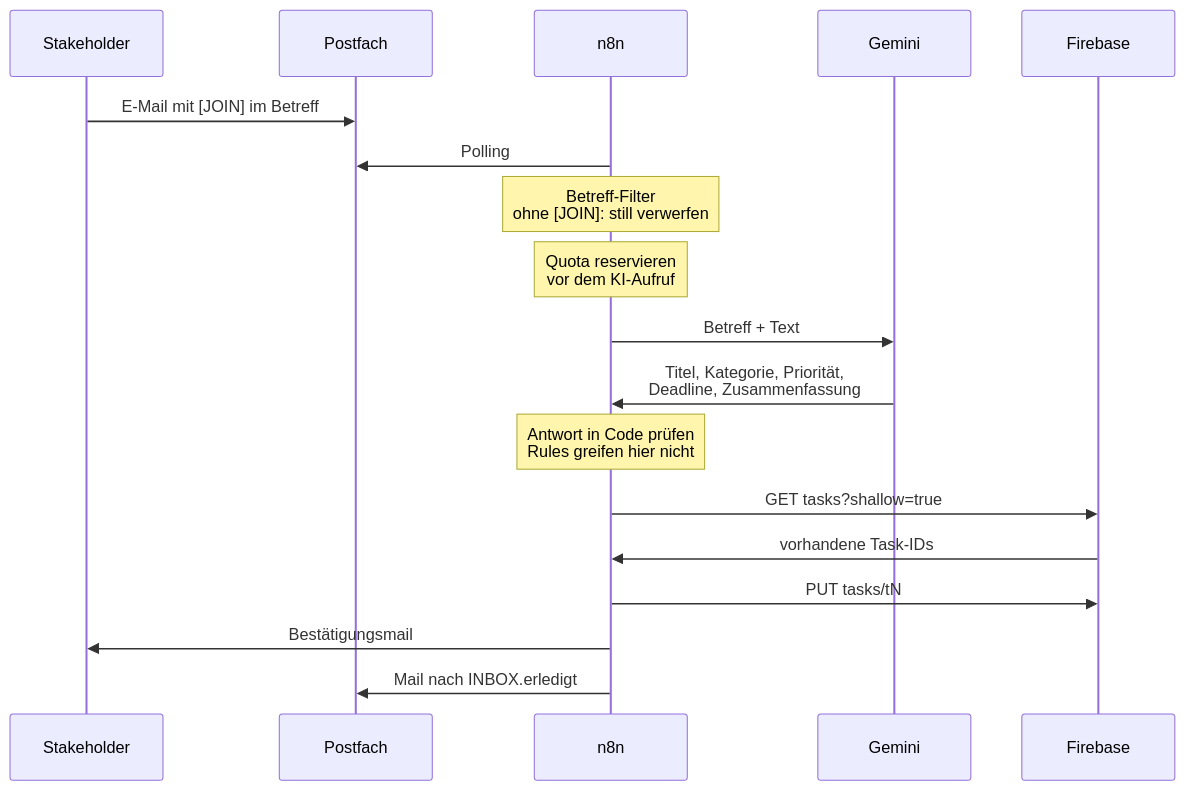
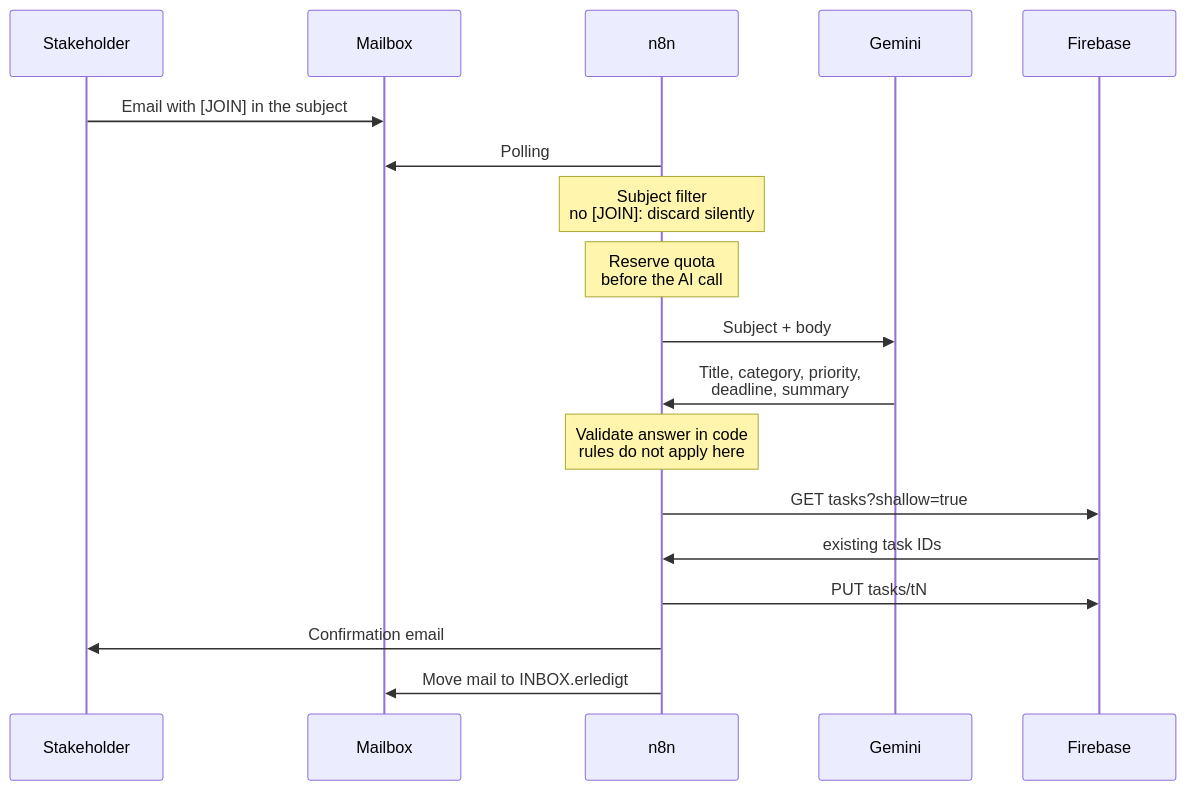
Before and after one commit to ttoebbe/039_JoinIssueCollector: the second of 2 diagrams in README.md, drawn with Mermaid. The commit also changed other lines of this file, not shown here.

````diff
--- a/README.md
+++ b/README.md
@@ -110,21 +110,21 @@
 ```mermaid
 sequenceDiagram
     participant S as Stakeholder
-    participant M as Postfach
+    participant M as Mailbox
     participant N as n8n
     participant G as Gemini
     participant F as Firebase
 
-    S->>M: E-Mail mit [JOIN] im Betreff
+    S->>M: Email with [JOIN] in the subject
     N->>M: Polling
-    Note over N: Betreff-Filter<br/>ohne [JOIN]: still verwerfen
-    Note over N: Quota reservieren<br/>vor dem KI-Aufruf
-    N->>G: Betreff + Text
-    G->>N: Titel, Kategorie, Priorität,<br/>Deadline, Zusammenfassung
-    Note over N: Antwort in Code prüfen<br/>Rules greifen hier nicht
+    Note over N: Subject filter<br/>no [JOIN]: discard silently
+    Note over N: Reserve quota<br/>before the AI call
+    N->>G: Subject + body
+    G->>N: Title, category, priority,<br/>deadline, summary
+    Note over N: Validate answer in code<br/>rules do not apply here
     N->>F: GET tasks?shallow=true
-    F->>N: vorhandene Task-IDs
+    F->>N: existing task IDs
     N->>F: PUT tasks/tN
-    N->>S: Bestätigungsmail
-    N->>M: Mail nach INBOX.erledigt
+    N->>S: Confirmation email
+    N->>M: Move mail to INBOX.erledigt
 ```
````
